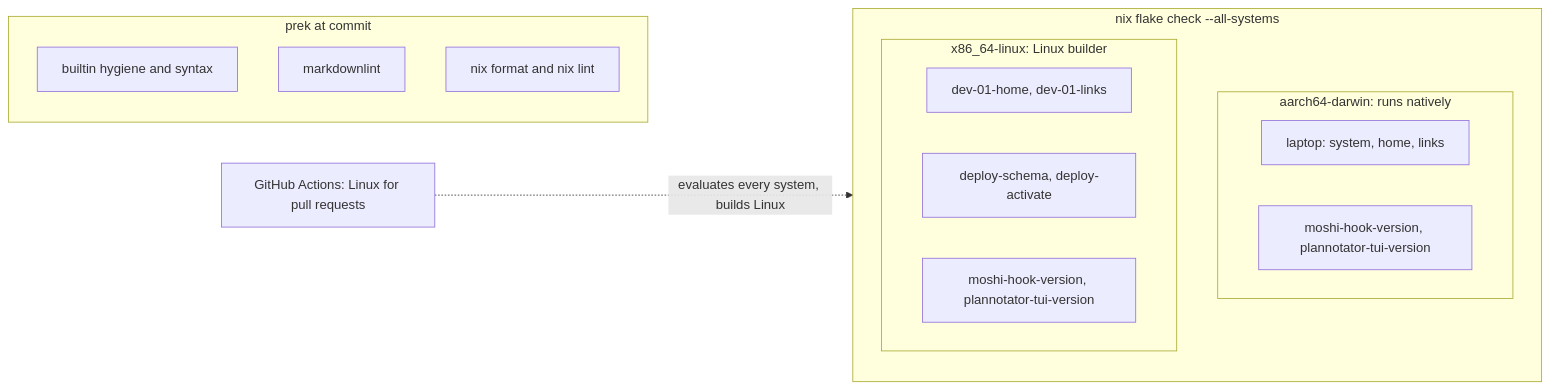
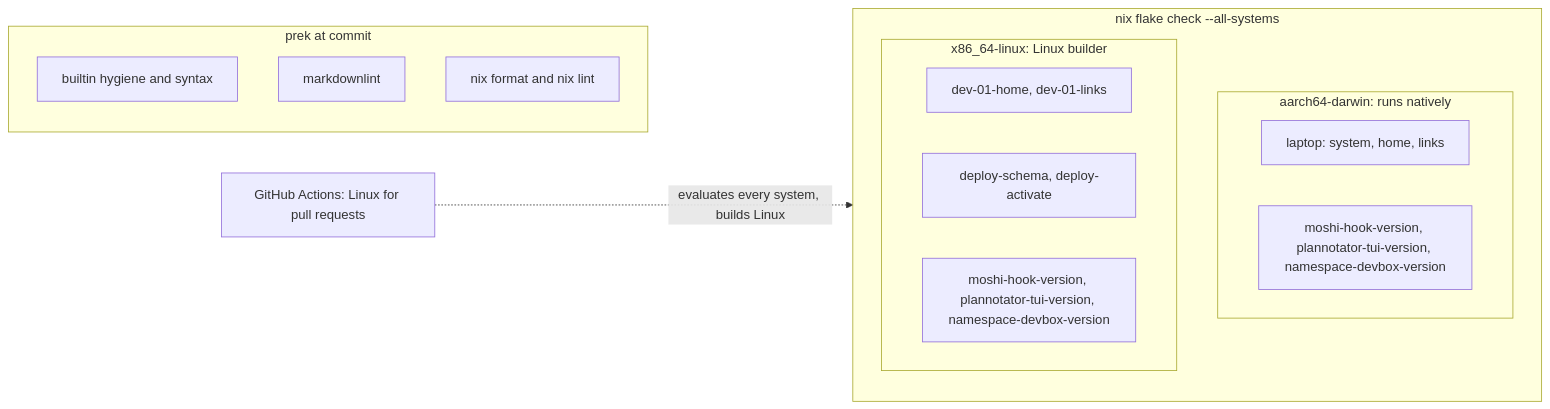
The third of 3 diagrams in README.md (mich-murphy/nix-config), drawn with Mermaid before and after one commit. The commit also changed other lines of this file and 4 other files, not shown here.

````diff
--- a/README.md
+++ b/README.md
@@ -244,20 +243,20 @@
 ```mermaid
 flowchart LR
   subgraph PK["prek at commit"]
     H1["builtin hygiene and syntax"]
     H2["markdownlint"]
     H3["nix format and nix lint"]
   end
   subgraph FC["nix flake check --all-systems"]
     subgraph MAC["aarch64-darwin: runs natively"]
       M2["laptop: system, home, links"]
-      M3["moshi-hook-version, plannotator-tui-version"]
+      M3["moshi-hook-version, plannotator-tui-version, namespace-devbox-version"]
     end
     subgraph LIN["x86_64-linux: Linux builder"]
       L1["dev-01-home, dev-01-links"]
       L2["deploy-schema, deploy-activate"]
-      L3["moshi-hook-version, plannotator-tui-version"]
+      L3["moshi-hook-version, plannotator-tui-version, namespace-devbox-version"]
     end
   end
   CI["GitHub Actions: Linux for pull requests"] -.->|"evaluates every system, builds Linux"| FC
 ```
````
